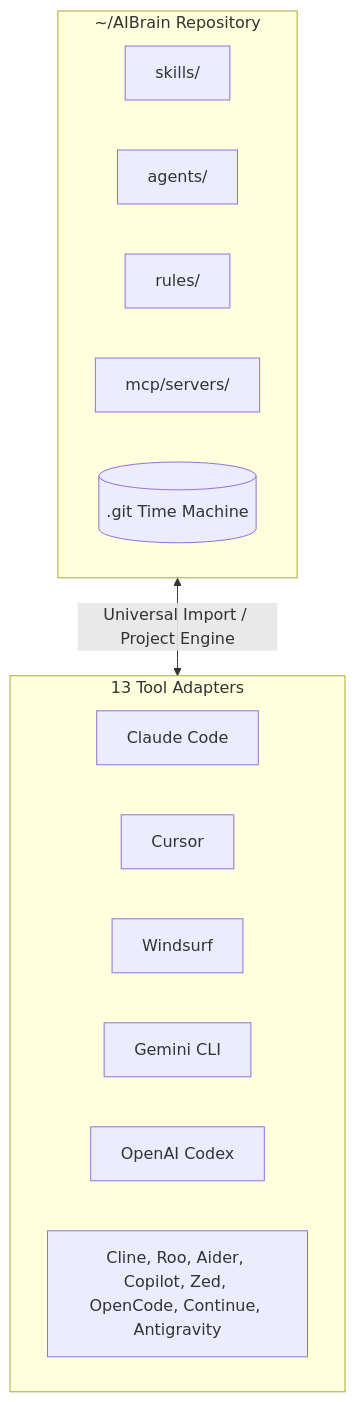
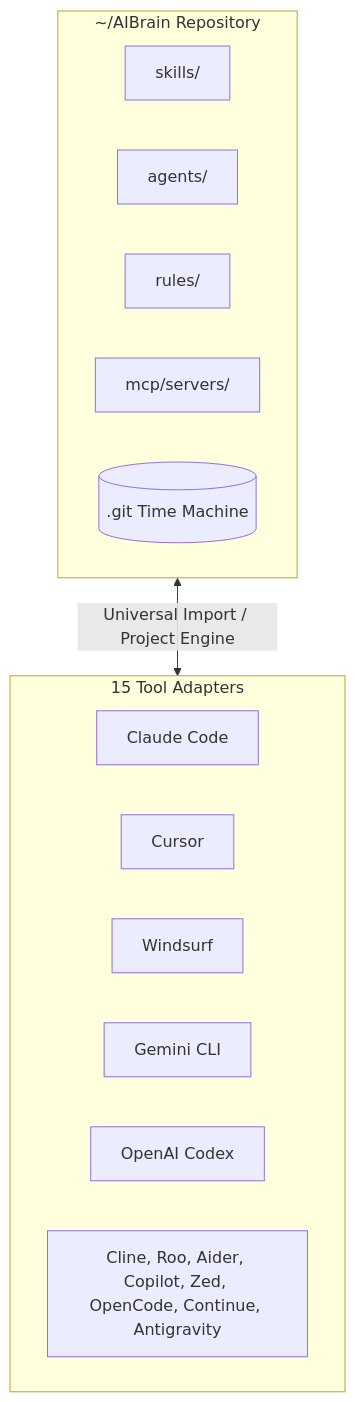
One commit to earnerbaymalay/synapse changed the first of 4 diagrams in docs/USER_GUIDE.md. Above: the diagram before and after it, drawn with Mermaid. The commit also changed other lines of this file and 9 other files, not shown here.

````diff
--- a/docs/USER_GUIDE.md
+++ b/docs/USER_GUIDE.md
@@ -35,21 +49,21 @@
 ```mermaid
 flowchart TD
     subgraph Brain [~/AIBrain Repository]
         SK[skills/]
         AG[agents/]
         RL[rules/]
         MC[mcp/servers/]
         GT[(.git Time Machine)]
     end
 
-    subgraph Adapters [13 Tool Adapters]
+    subgraph Adapters [15 Tool Adapters]
         CL[Claude Code]
         CR[Cursor]
         WS[Windsurf]
         GM[Gemini CLI]
         OX[OpenAI Codex]
         OTH[Cline, Roo, Aider, Copilot, Zed, OpenCode, Continue, Antigravity]
     end
 
     Brain <-->|Universal Import / Project Engine| Adapters
 ```
````
